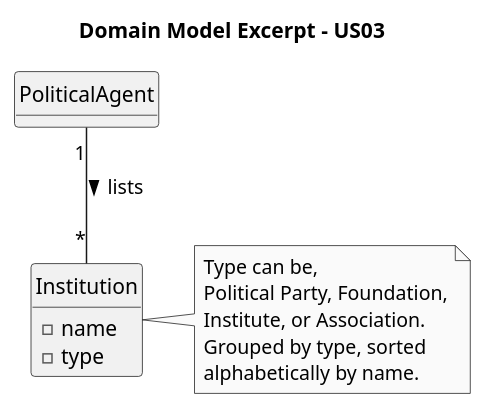
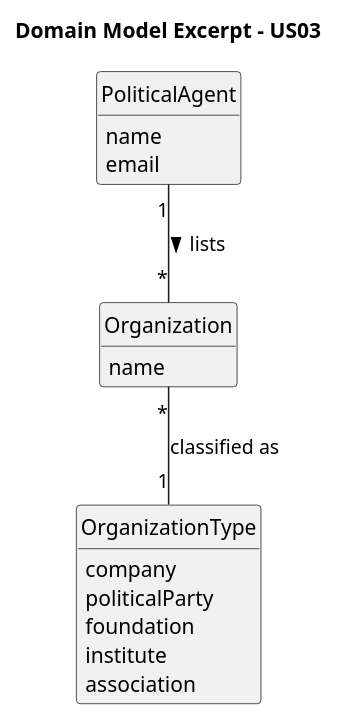
Before and after one commit to brunodspinto/crystal-clear-platform: the diagram in docs/system-documentation/US03/02.analysis/puml/US03-DM.puml, drawn with PlantUML. The commit also changed 23 other files, not shown here.

Commit message:
Altered Institution to Organiztion to avoid confusion with a term of spirnt 2, and changed OrganizationType to be an Enum. US altered: 03, 04, 06, and Global Artifacts

```diff
--- a/docs/system-documentation/US03/02.analysis/puml/US03-DM.puml
+++ b/docs/system-documentation/US03/02.analysis/puml/US03-DM.puml
@@ -1,29 +1,33 @@
 @startuml
 skinparam monochrome true
 skinparam packageStyle rectangle
 skinparam shadowing false
+skinparam classAttributeIconSize 0
 
 hide circle
 hide methods
 
 title Domain Model Excerpt - US03
 
 class PoliticalAgent {
+    name
+    email
 }
 
-class Institution {
-    - name
-    - type
+class Organization {
+    name
 }
 
-PoliticalAgent "1" -- "*" Institution : lists >
+enum OrganizationType {
+    company
+    politicalParty
+    foundation
+    institute
+    association
+}
 
-note right of Institution
-  Type can be,
-  Political Party, Foundation,
-  Institute, or Association.
-  Grouped by type, sorted
-  alphabetically by name.
-end note
+PoliticalAgent "1" -- "*" Organization : lists >
+
+Organization "*" -- "1" OrganizationType : classified as
 
 @enduml
```
